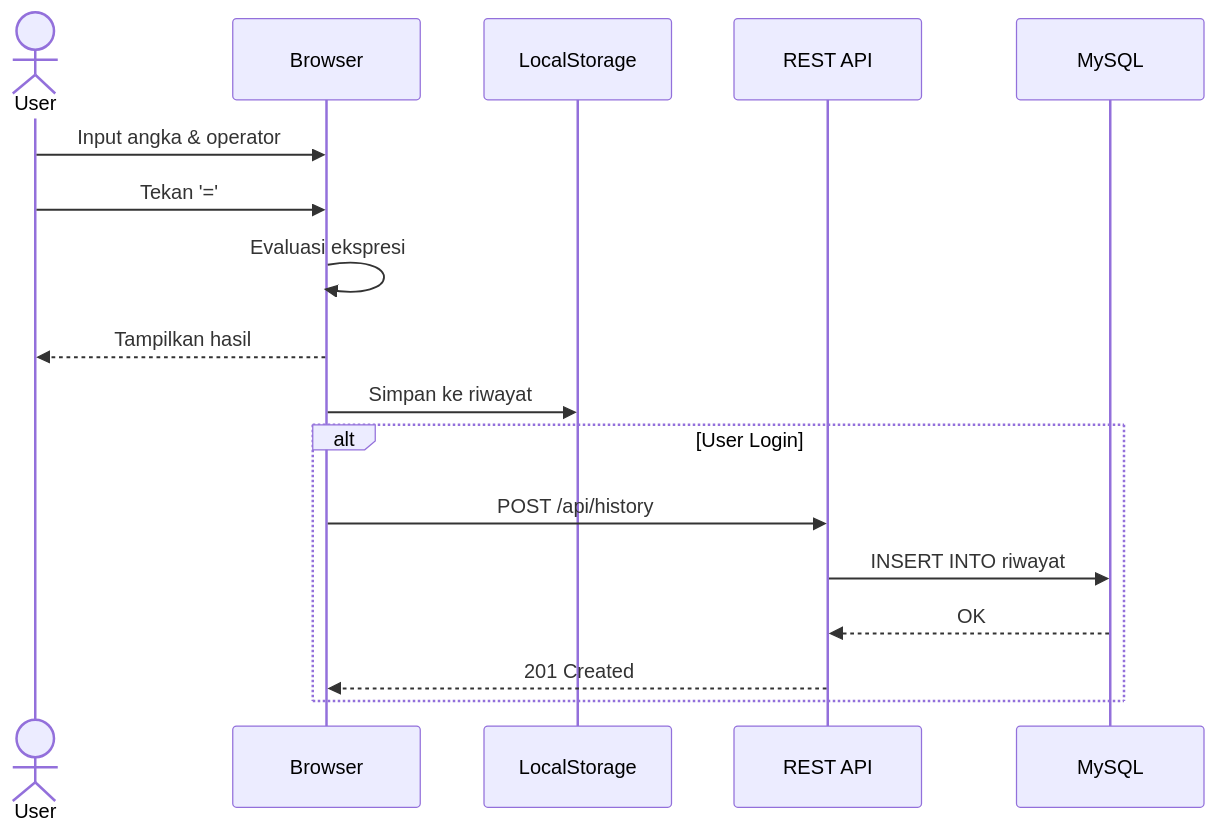
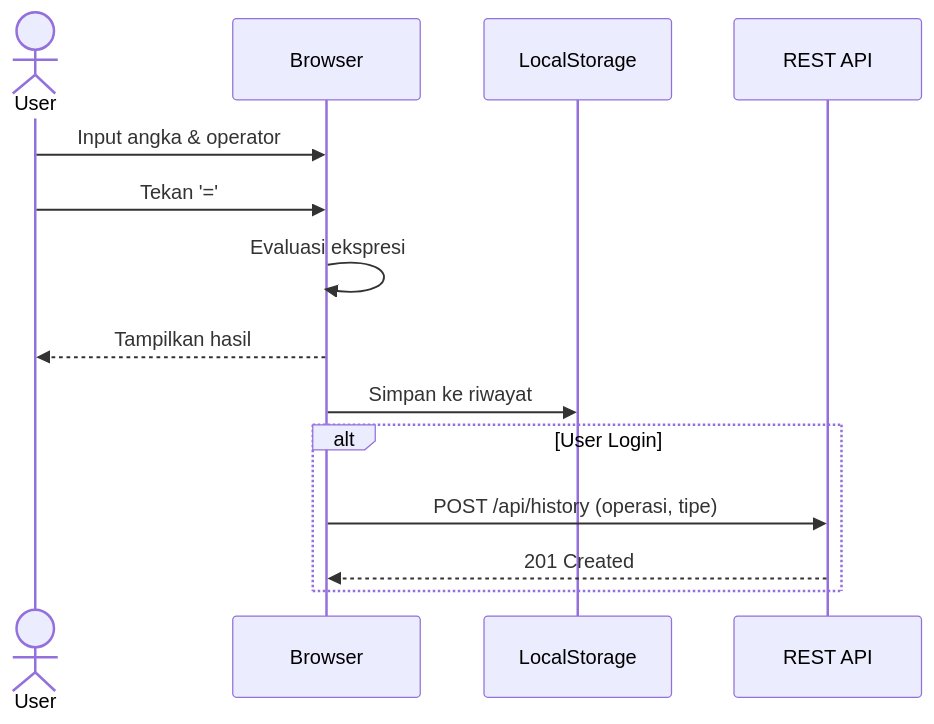
One commit to falcon-ioi/Caclcon changed the fifth of 8 diagrams in e-concalc-web/README.md. Above: the diagram before and after it, drawn with Mermaid. The commit also changed other lines of this file, not shown here.

Commit message:
docs: restore detailed UML diagrams with numbered sections, class diagram, and konverter activity diagram

````diff
--- a/e-concalc-web/README.md
+++ b/e-concalc-web/README.md
@@ -180,20 +191,17 @@
 ```mermaid
 sequenceDiagram
     actor User
     participant Browser
     participant LocalStorage
     participant API as REST API
-    participant DB as MySQL
 
     User->>Browser: Input angka & operator
     User->>Browser: Tekan '='
     Browser->>Browser: Evaluasi ekspresi
     Browser-->>User: Tampilkan hasil
     Browser->>LocalStorage: Simpan ke riwayat
     alt User Login
-        Browser->>API: POST /api/history
-        API->>DB: INSERT INTO riwayat
-        DB-->>API: OK
+        Browser->>API: POST /api/history (operasi, tipe)
         API-->>Browser: 201 Created
     end
 ```
````
